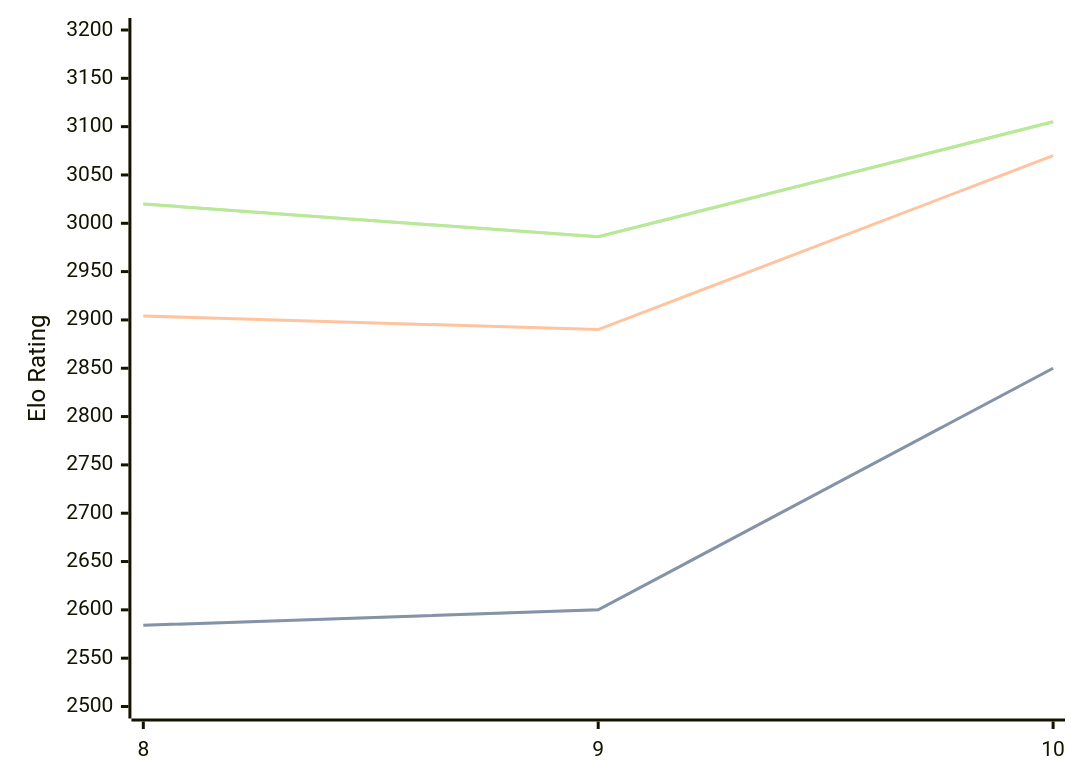
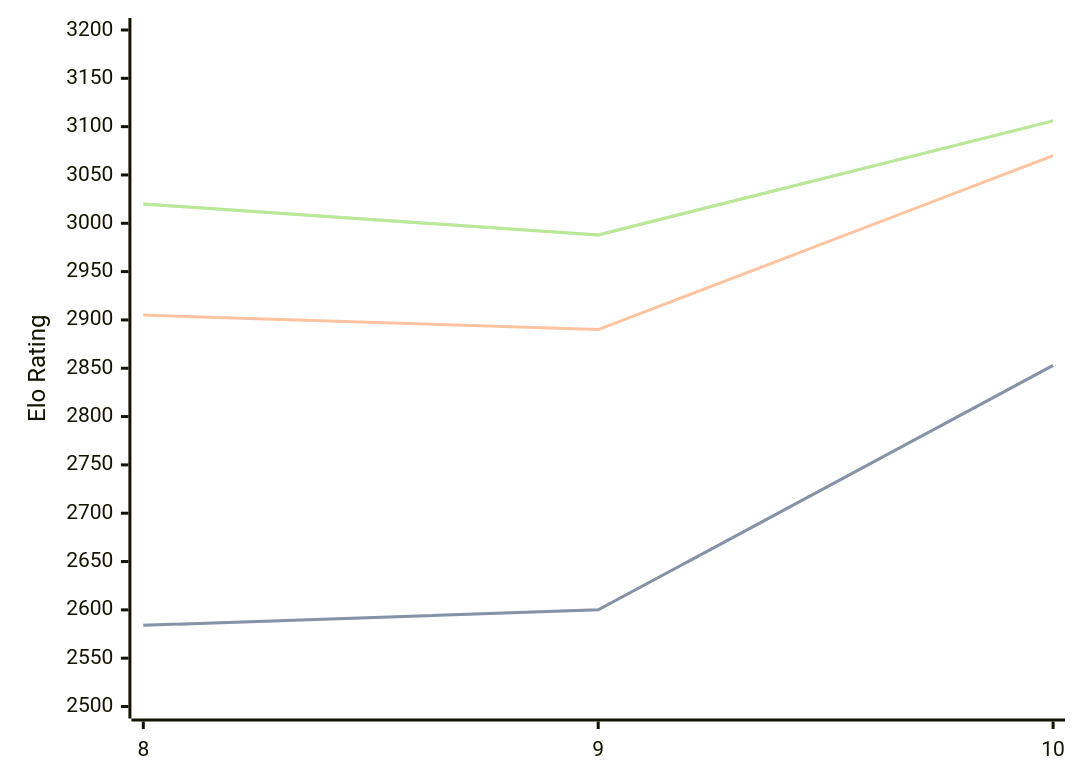
One commit to computer-chess-index/cci changed the first of 3 diagrams in engines/Lozza.md. Above: the diagram before and after it, drawn with Mermaid. The commit also changed other lines of this file, not shown here.

Commit message:
Update CCI Ratings (ELO VLTC) - 2026-06-24

````diff
--- a/engines/Lozza.md
+++ b/engines/Lozza.md
@@ -41,11 +41,11 @@
 ```mermaid
 %%{init: {"theme":"base","themeVariables":{"seriesColors:['#a3a3a3','#222221','#faa371']}}}%%
 xychart-beta
   x-axis ["8", "9", "10"]
   y-axis "Elo Rating" 2500 --> 3200
-  line "STC (8.0+0.08s)" [2584, 2600, 2850]
-  line "STC (8.0+0.08s)" [2584, 2600, 2850]
-  line "LTC (60.0+0.60s)" [2904, 2890, 3070]
-  line "VLTC (2m24s+1.12s)" [3020, 2986, 3105]
-  line "VLTC (2m24s+1.12s)" [3020, 2986, 3105]
+  line "STC (8.0+0.08s)" [2584, 2600, 2853]
+  line "STC (8.0+0.08s)" [2584, 2600, 2853]
+  line "LTC (60.0+0.60s)" [2905, 2890, 3070]
+  line "VLTC (2m24s+1.12s)" [3020, 2988, 3106]
+  line "VLTC (2m24s+1.12s)" [3020, 2988, 3106]
 ```
````
